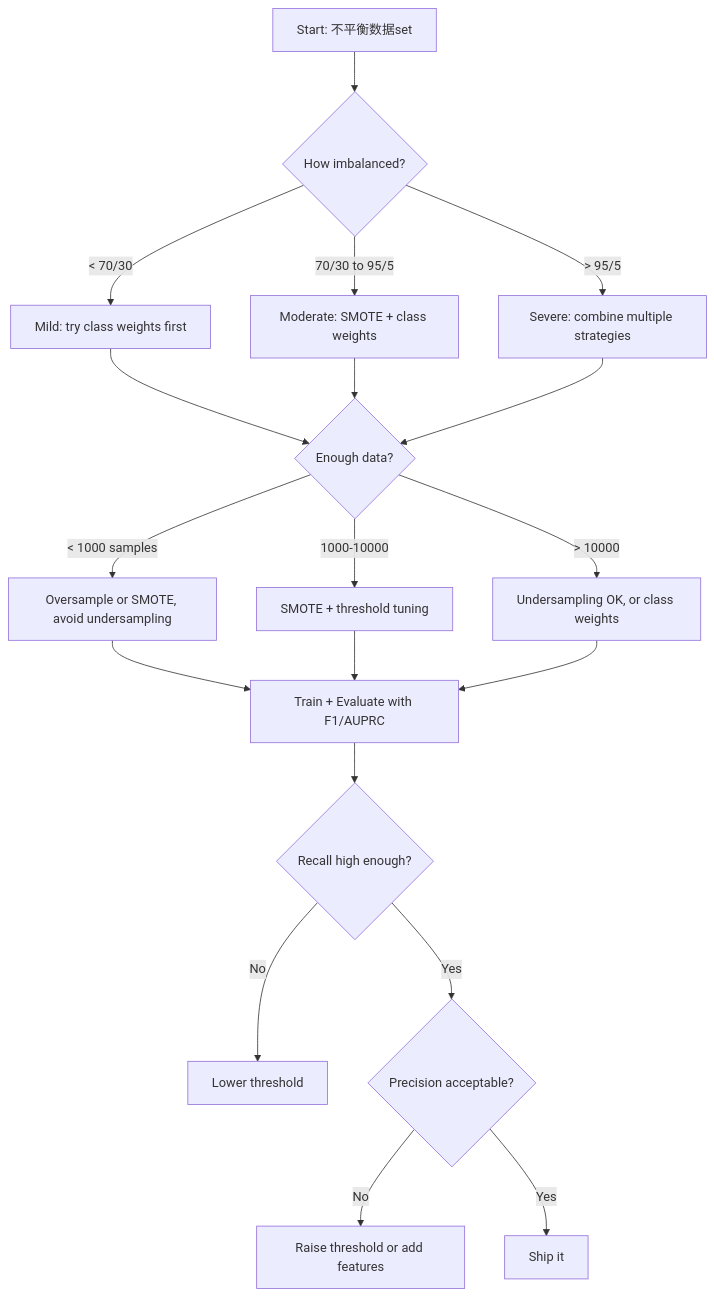
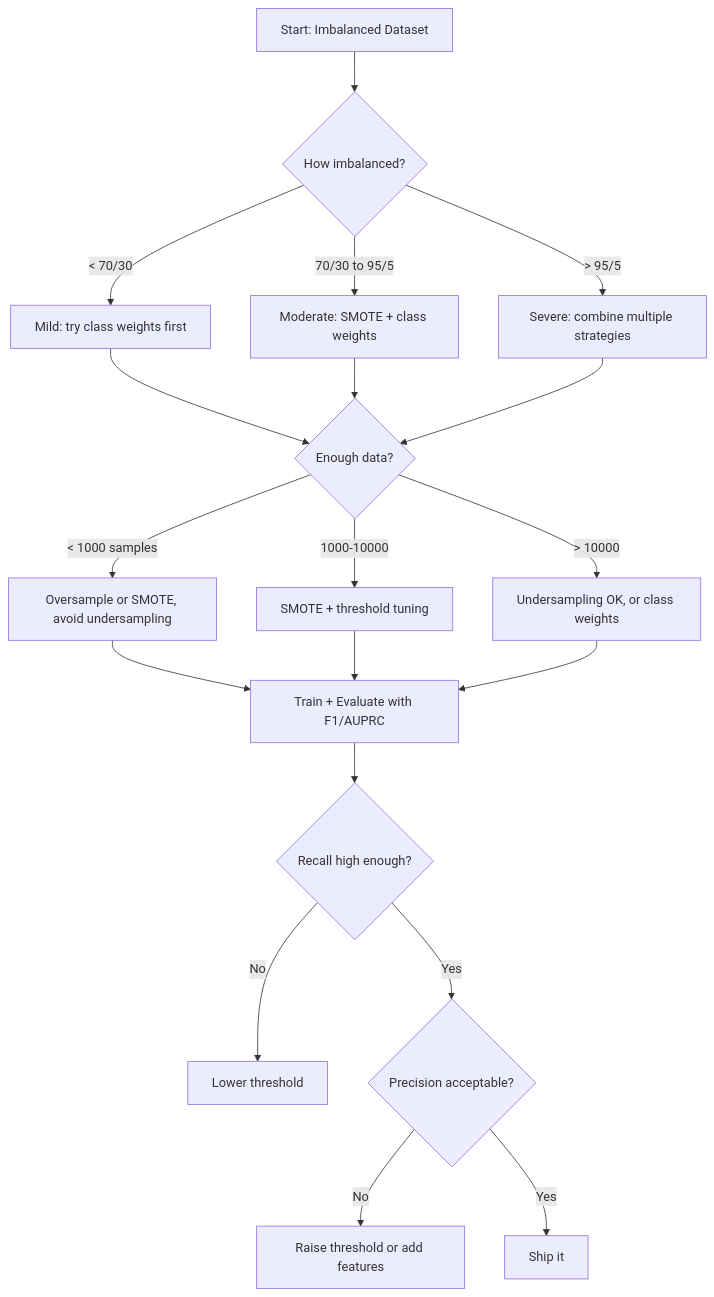
One commit to arwei944/ai-engineering-from-scratch changed the fourth of 4 diagrams in phases/02-ml-fundamentals/17-imbalanced-data/docs/zh.md. Above: the diagram before and after it, drawn with Mermaid. The commit also changed other lines of this file and 65 other files, not shown here.

````diff
--- a/phases/02-ml-fundamentals/17-imbalanced-data/docs/zh.md
+++ b/phases/02-ml-fundamentals/17-imbalanced-data/docs/zh.md
@@ -192,21 +192,21 @@
 ```mermaid
 flowchart TD
-    A[Start: 不平衡数据set] --> B{How imbalanced?}
+    A[Start: Imbalanced Dataset] --> B{How imbalanced?}
     B -->|"< 70/30"| C["Mild: try class weights first"]
     B -->|"70/30 to 95/5"| D["Moderate: SMOTE + class weights"]
     B -->|"> 95/5"| E["Severe: combine multiple strategies"]
     C --> F{Enough data?}
     D --> F
     E --> F
     F -->|"< 1000 samples"| G["Oversample or SMOTE, avoid undersampling"]
     F -->|"1000-10000"| H["SMOTE + threshold tuning"]
     F -->|"> 10000"| I["Undersampling OK, or class weights"]
     G --> J[Train + Evaluate with F1/AUPRC]
     H --> J
     I --> J
     J --> K{Recall high enough?}
     K -->|No| L[Lower threshold]
     K -->|Yes| M{Precision acceptable?}
     M -->|No| N[Raise threshold or add features]
     M -->|Yes| O[Ship it]
 ```
````
